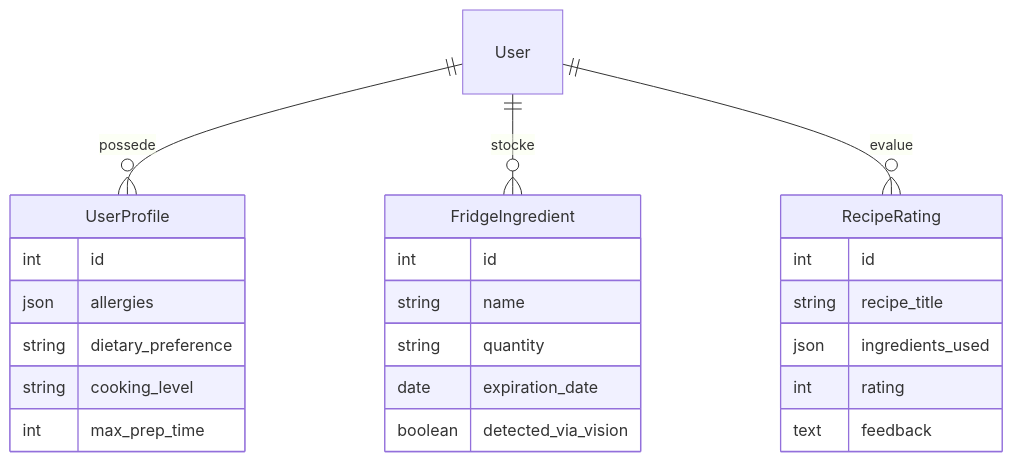
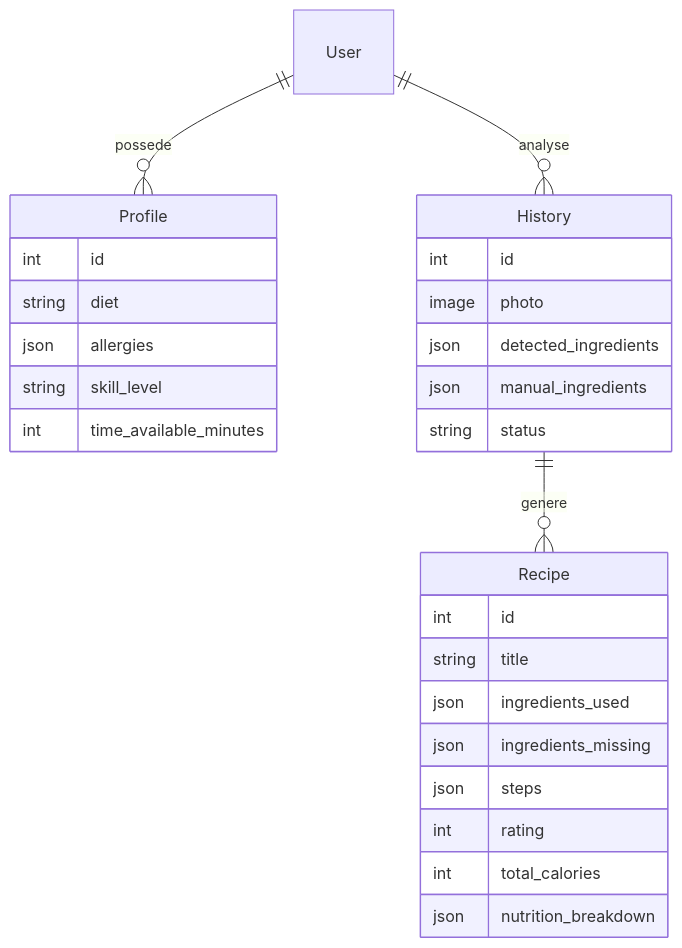
One commit to 104MJ/CookPilot-AI changed the second of 2 diagrams in README.md. Above: the diagram before and after it, drawn with Mermaid. The commit also changed other lines of this file and 2 other files, not shown here.

````diff
--- a/README.md
+++ b/README.md
@@ -52,30 +52,33 @@
 ```mermaid
 erDiagram
-    User ||--o{ UserProfile : possede
-    User ||--o{ FridgeIngredient : stocke
-    User ||--o{ RecipeRating : evalue
+    User ||--o{ Profile : possede
+    User ||--o{ History : analyse
+    History ||--o{ Recipe : genere
 
-    UserProfile {
+    Profile {
         int id
+        string diet
         json allergies
-        string dietary_preference
-        string cooking_level
-        int max_prep_time
+        string skill_level
+        int time_available_minutes
     }
 
-    FridgeIngredient {
+    History {
         int id
-        string name
-        string quantity
-        date expiration_date
-        boolean detected_via_vision
+        image photo
+        json detected_ingredients
+        json manual_ingredients
+        string status
     }
 
-    RecipeRating {
+    Recipe {
         int id
-        string recipe_title
+        string title
         json ingredients_used
+        json ingredients_missing
+        json steps
         int rating
-        text feedback
+        int total_calories
+        json nutrition_breakdown
     }
 ```
````
